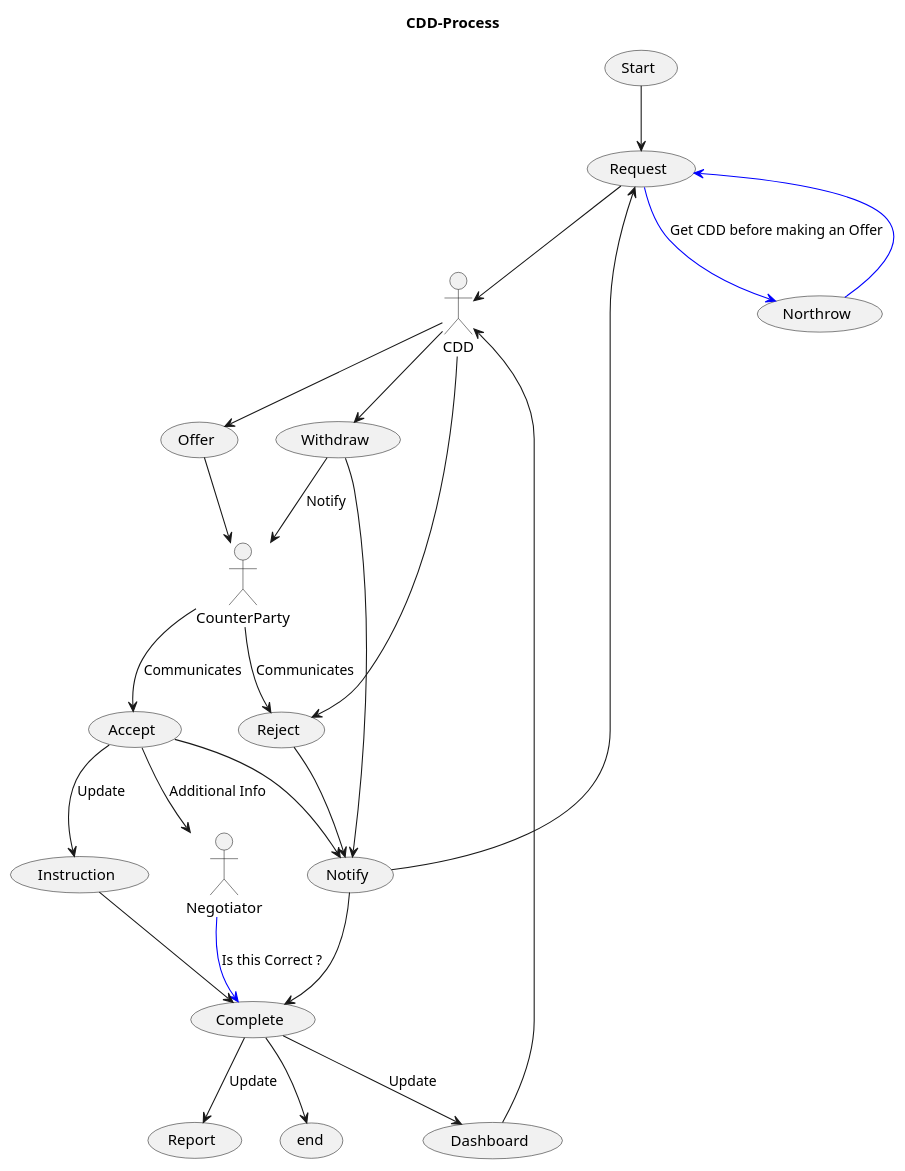
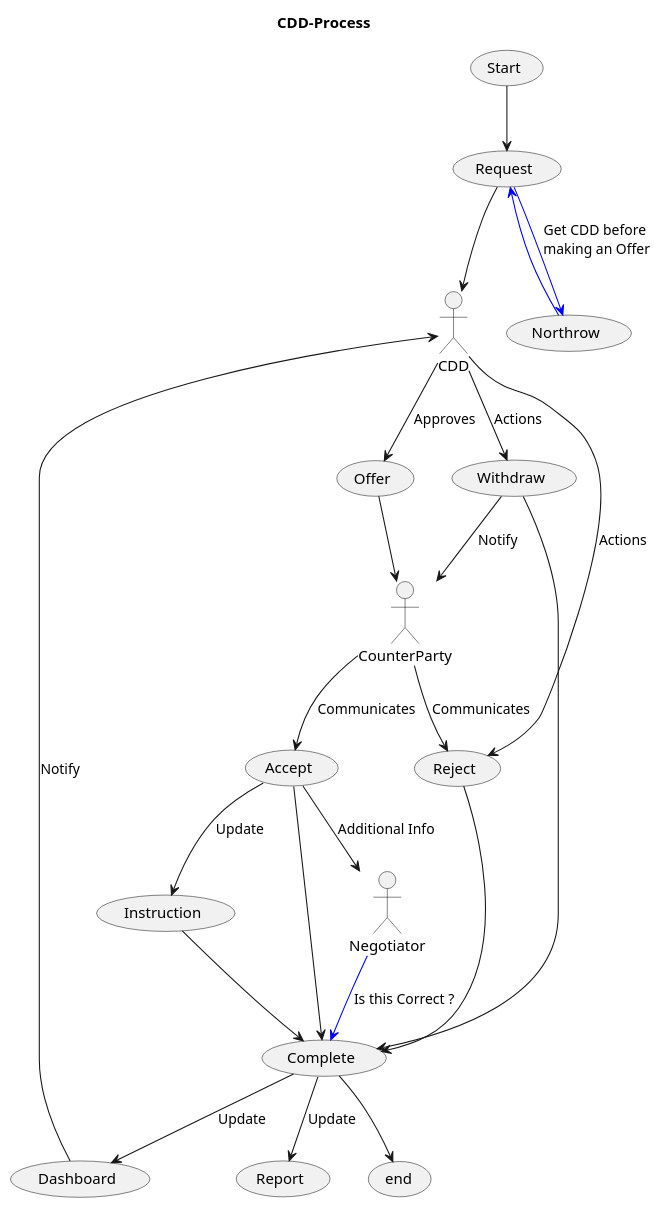
The diagram in assets/CDD-Process.puml (Kf-GaryNewport/Kf-GaryNewport.github.io), drawn with PlantUML before and after one commit.

```diff
--- a/assets/CDD-Process.puml
+++ b/assets/CDD-Process.puml
@@ -1,38 +1,33 @@
 @startuml CDDProcess
 
 title CDD-Process
 
 (Start) --> (Request)
 (Request) --> CDD
-(Request) -[#0000FF]-> (Northrow) : Get CDD before making an Offer
+(Request) -[#0000FF]-> (Northrow) : Get CDD before \nmaking an Offer
 (Northrow) -[#0000FF]-> (Request)  
   
-CDD --> (Offer)
-CDD --> (Withdraw)
-CDD --> (Reject)
+CDD --> (Offer) : Approves
+CDD --> (Withdraw) : Actions
+CDD --> (Reject) : Actions
 
 (Offer) --> CounterParty  
+(Withdraw) --> CounterParty : Notify
 CounterParty --> (Accept) : Communicates
 CounterParty --> (Reject) : Communicates
 
-
-(Withdraw) --> CounterParty : Notify
-
-(Accept) --> (Notify)
+(Accept) --> (Complete)
 (Accept) --> Negotiator : Additional Info
 (Accept) --> (Instruction) : Update
 Negotiator -[#0000FF]-> (Complete) : Is this Correct ?
 (Instruction) --> (Complete) 
 
-(Reject) --> (Notify)
-(Withdraw) --> (Notify)
-
-(Notify) --> (Request)
-(Notify) --> (Complete)
+(Reject) --> (Complete)
+(Withdraw) --> (Complete)
 
 (Complete) --> (Dashboard) : Update
 (Complete) --> (Report) : Update
-(Dashboard) --> CDD
+(Dashboard) --> CDD : Notify
 (Complete) --> (end)
 
 @enduml
```
